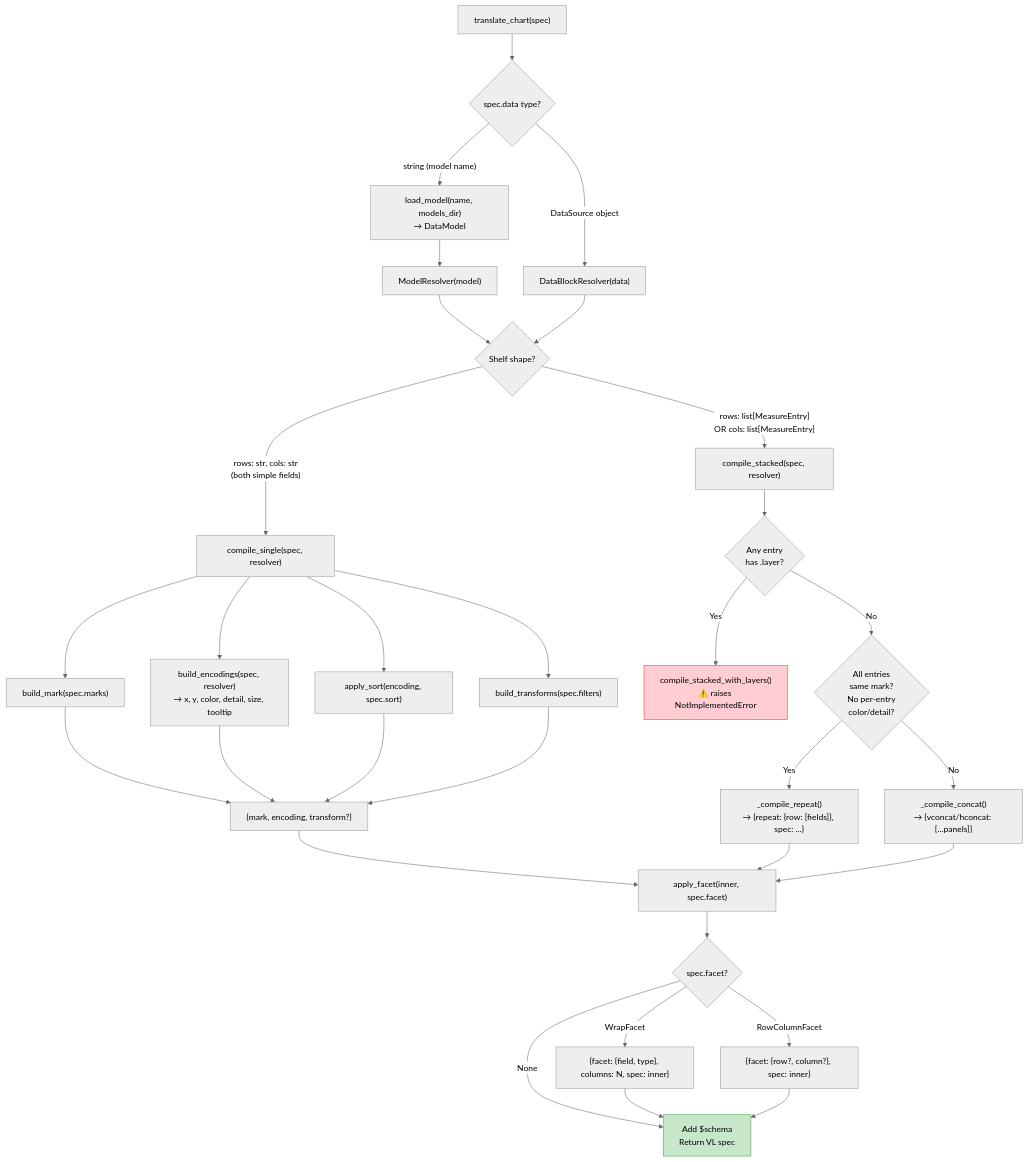
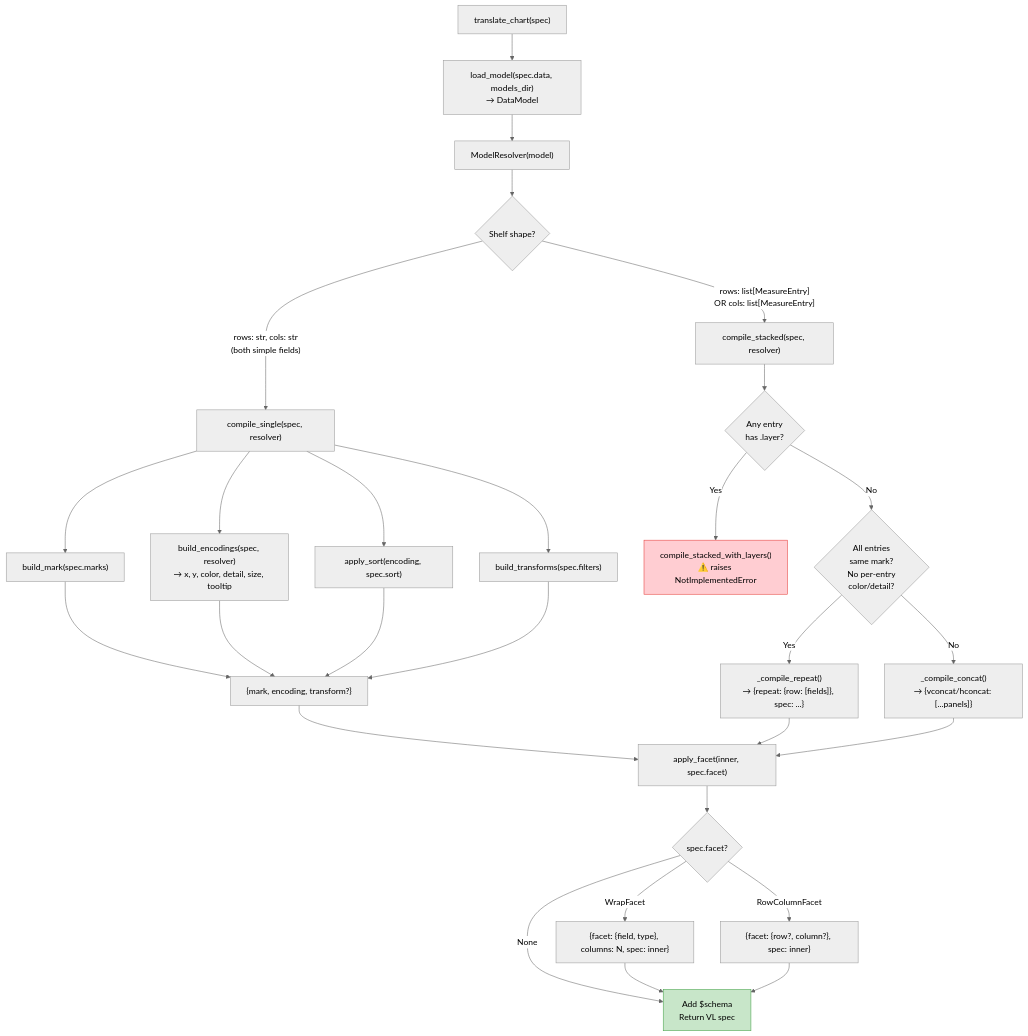
One commit to shelveshq/shelves changed the fifth of 10 diagrams in docs/architecture-diagram.md. Above: the diagram before and after it, drawn with Mermaid (neutral theme). The commit also changed other lines of this file and 37 other files, not shown here.

Commit message:
feat: remove legacy DataSource Inline declaration, change tests to use model instead

````diff
--- a/docs/architecture-diagram.md
+++ b/docs/architecture-diagram.md
@@ -394,52 +357,46 @@
 ```mermaid
 flowchart TD
-    START["translate_chart(spec)"] --> RESOLVE_DATA{"spec.data type?"}
-
-    RESOLVE_DATA -->|"string (model name)"| LOAD_MODEL["load_model(name, models_dir)<br/>→ DataModel"]
+    START["translate_chart(spec)"] --> LOAD_MODEL["load_model(spec.data, models_dir)<br/>→ DataModel"]
     LOAD_MODEL --> CREATE_MR["ModelResolver(model)"]
-
-    RESOLVE_DATA -->|"DataSource object"| CREATE_DBR["DataBlockResolver(data)"]
-
     CREATE_MR --> ROUTE
-    CREATE_DBR --> ROUTE
 
     ROUTE{"Shelf shape?"}
 
     ROUTE -->|"rows: str, cols: str<br/>(both simple fields)"| SINGLE["compile_single(spec, resolver)"]
 
     ROUTE -->|"rows: list[MeasureEntry]<br/>OR cols: list[MeasureEntry]"| STACKED["compile_stacked(spec, resolver)"]
 
     SINGLE --> S_MARK["build_mark(spec.marks)"]
     SINGLE --> S_ENC["build_encodings(spec, resolver)<br/>→ x, y, color, detail, size, tooltip"]
     SINGLE --> S_SORT["apply_sort(encoding, spec.sort)"]
     SINGLE --> S_FILT["build_transforms(spec.filters)"]
     S_MARK --> SINGLE_OUT["{mark, encoding, transform?}"]
     S_ENC --> SINGLE_OUT
     S_SORT --> SINGLE_OUT
     S_FILT --> SINGLE_OUT
 
     STACKED --> HAS_LAYERS{"Any entry<br/>has .layer?"}
 
     HAS_LAYERS -->|Yes| LAYERS["compile_stacked_with_layers()<br/>⚠️ raises NotImplementedError"]
 
     HAS_LAYERS -->|No| SAME_MARK{"All entries<br/>same mark?<br/>No per-entry<br/>color/detail?"}
 
     SAME_MARK -->|Yes| REPEAT["_compile_repeat()<br/>→ {repeat: {row: [fields]}, spec: ...}"]
     SAME_MARK -->|No| CONCAT["_compile_concat()<br/>→ {vconcat/hconcat: [...panels]}"]
 
     SINGLE_OUT --> FACET
     REPEAT --> FACET
     CONCAT --> FACET
 
     FACET["apply_facet(inner, spec.facet)"]
 
     FACET --> HAS_FACET{"spec.facet?"}
     HAS_FACET -->|None| FINAL["Add $schema<br/>Return VL spec"]
     HAS_FACET -->|WrapFacet| WRAP["{facet: {field, type}, columns: N, spec: inner}"]
     HAS_FACET -->|RowColumnFacet| RC["{facet: {row?, column?}, spec: inner}"]
     WRAP --> FINAL
     RC --> FINAL
 
     style LAYERS fill:#ffcdd2,stroke:#e53935
     style FINAL fill:#c8e6c9,stroke:#43a047
 ```
````
